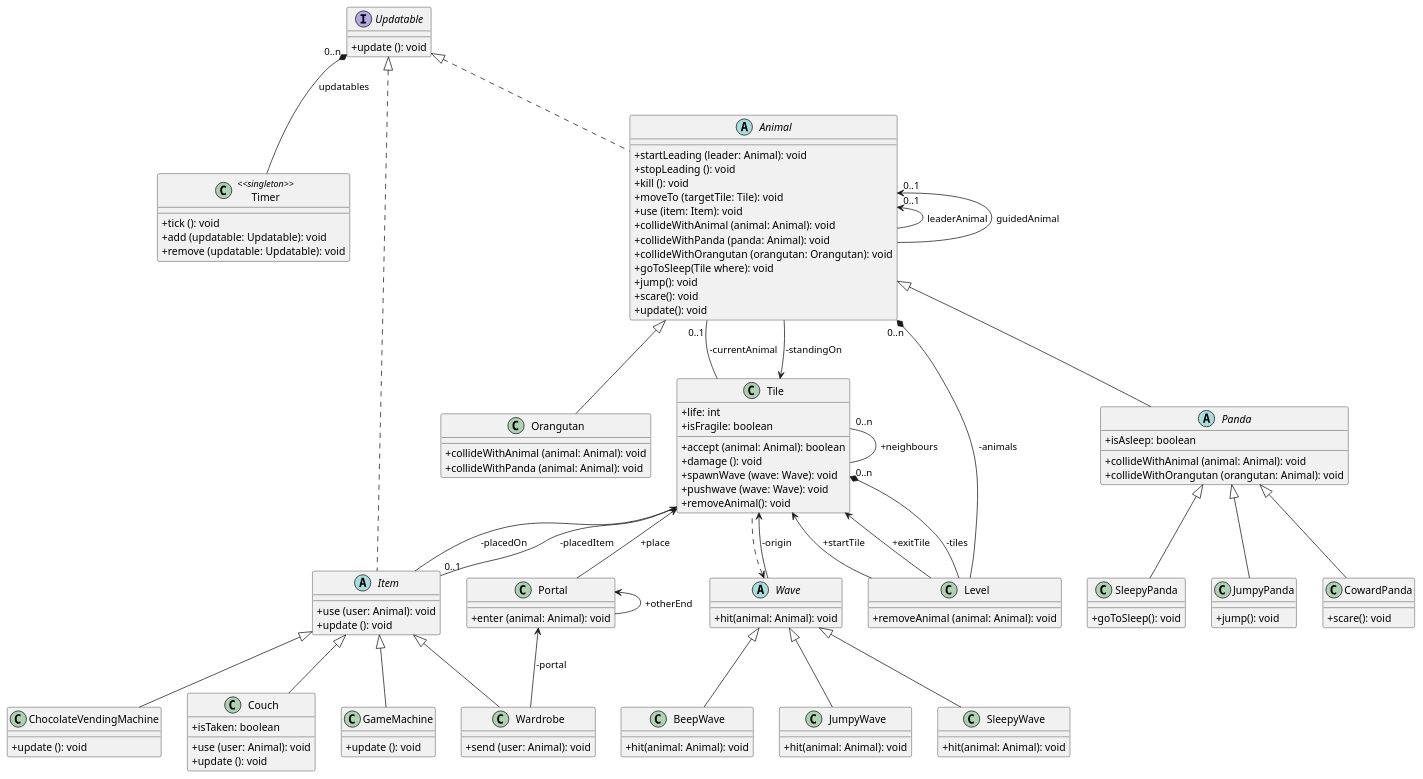
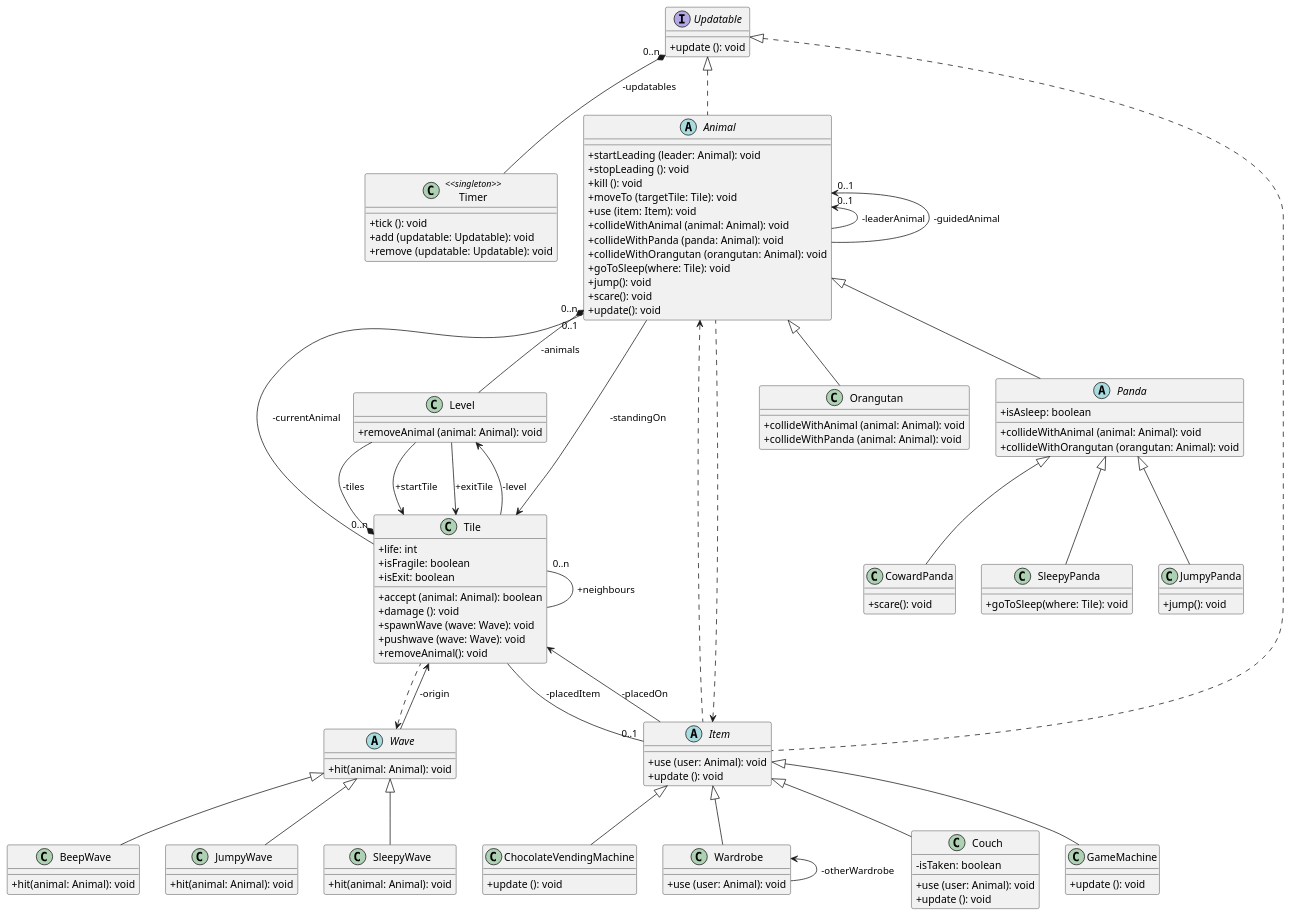
The diagram in 3-analysis-modell/java/src/main/plantuml/ClassDiagram.puml (bokovhu/software-project-laboratory-assignment), drawn with PlantUML before and after one commit.

Commit message:
Class diagram fixes

```diff
--- a/3-analysis-modell/java/src/main/plantuml/ClassDiagram.puml
+++ b/3-analysis-modell/java/src/main/plantuml/ClassDiagram.puml
@@ -1,174 +1,173 @@
 @startuml
 
 skinparam classAttributeIconSize 0
 skinparam guillemet false
 
 ' ==========
 ' Interfaces
 ' ==========
 
 interface Updatable {
     +update (): void
 }
 
 ' =======
 ' Classes
 ' =======
 
 class Timer <<singleton>> {
     +tick (): void
     +add (updatable: Updatable): void
     +remove (updatable: Updatable): void
 }
 
 class Level {
     +removeAnimal (animal: Animal): void
 }
 
 class Tile {
     +life: int
     +isFragile: boolean
+    +isExit: boolean
     +accept (animal: Animal): boolean
     +damage (): void
     +spawnWave (wave: Wave): void
     +pushwave (wave: Wave): void
     +removeAnimal(): void
 }
 
 abstract class Animal {
     +startLeading (leader: Animal): void
     +stopLeading (): void
     +kill (): void
     +moveTo (targetTile: Tile): void
     +use (item: Item): void
     +collideWithAnimal (animal: Animal): void
     +collideWithPanda (panda: Animal): void
-    +collideWithOrangutan (orangutan: Orangutan): void
-    +goToSleep(Tile where): void
+    +collideWithOrangutan (orangutan: Animal): void
+    +goToSleep(where: Tile): void
     +jump(): void
     +scare(): void
     +update(): void
 }
 
 abstract class Item {
     +use (user: Animal): void
     +update (): void
 }
 
 abstract class Panda {
     +isAsleep: boolean
     +collideWithAnimal (animal: Animal): void
     +collideWithOrangutan (orangutan: Animal): void
 }
 
 class SleepyPanda {
-    +goToSleep(): void
+    +goToSleep(where: Tile): void
 }
 
 class JumpyPanda {
     +jump(): void
 }
 
 class CowardPanda {
     +scare(): void
 }
 
 class Orangutan {
     +collideWithAnimal (animal: Animal): void
     +collideWithPanda (animal: Animal): void
 }
 
 class Couch {
-    +isTaken: boolean
+    -isTaken: boolean
     +use (user: Animal): void
     +update (): void
 }
 
 class GameMachine {
     +update (): void
 }
 
 class ChocolateVendingMachine {
     +update (): void
 }
 
 class Wardrobe {
-    +send (user: Animal): void
-}
-
-class Portal {
-    +enter (animal: Animal): void
+    +use (user: Animal): void
 }
 
 abstract class Wave {
     +hit(animal: Animal): void
 }
 
 class SleepyWave{
     +hit(animal: Animal): void
 }
 
 class BeepWave{
     +hit(animal: Animal): void
 }
 
 class JumpyWave{
     +hit(animal: Animal): void
 }
 ' ===========
 ' Inheritance
 ' ===========
 
 Updatable <|.. Animal
 Updatable <|.. Item
 
 Animal <|-- Panda
 Panda<|-- SleepyPanda
 Panda<|-- JumpyPanda
 Panda<|-- CowardPanda
 Animal <|-- Orangutan
 
 Item <|-- Couch
 Item <|-- GameMachine
 Item <|-- ChocolateVendingMachine
 Item <|-- Wardrobe
 
 Wave<|-- JumpyWave
 Wave<|-- SleepyWave
 Wave<|-- BeepWave
 
 ' ============
 ' Compositions
 ' ============
 
-Updatable "0..n" *-- Timer : updatables
+Updatable "0..n" *-- Timer : -updatables
 Tile "0..n" *-- Level : -tiles
 Animal "0..n" *-- Level : -animals
 
 ' ============
 ' Associations
 ' ============
 
 Tile "0..n" -- Tile : +neighbours
 
 Tile <-- Animal : -standingOn
 Animal "0..1" -- Tile : -currentAnimal
 
-Animal "0..1" <-- Animal : leaderAnimal
-Animal "0..1" <-- Animal : guidedAnimal
+Animal "0..1" <-- Animal : -leaderAnimal
+Animal "0..1" <-- Animal : -guidedAnimal
 
 Tile <-- Item : -placedOn
 Item "0..1" -- Tile : -placedItem
 
 Tile <-- Wave : -origin
 
-Portal <-- Portal : +otherEnd
-Tile <-- Portal : +place
-
-Portal <-- Wardrobe : -portal
-
 Wave <.. Tile
 Tile <-- Level : +startTile
 Tile <-- Level : +exitTile
 
+Animal <.. Item
+Item <.. Animal
+
+Wardrobe <-- Wardrobe : -otherWardrobe
+
+Level <-- Tile : -level
+
 @enduml
```
